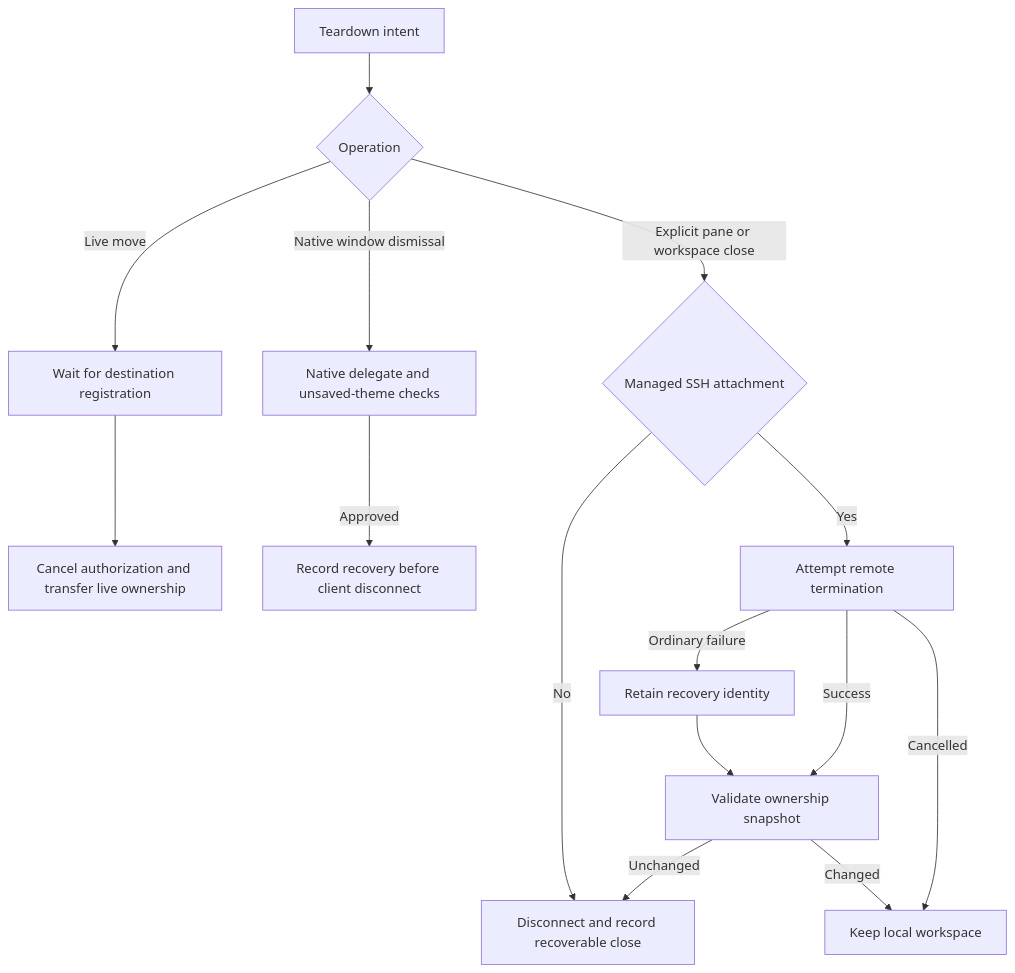
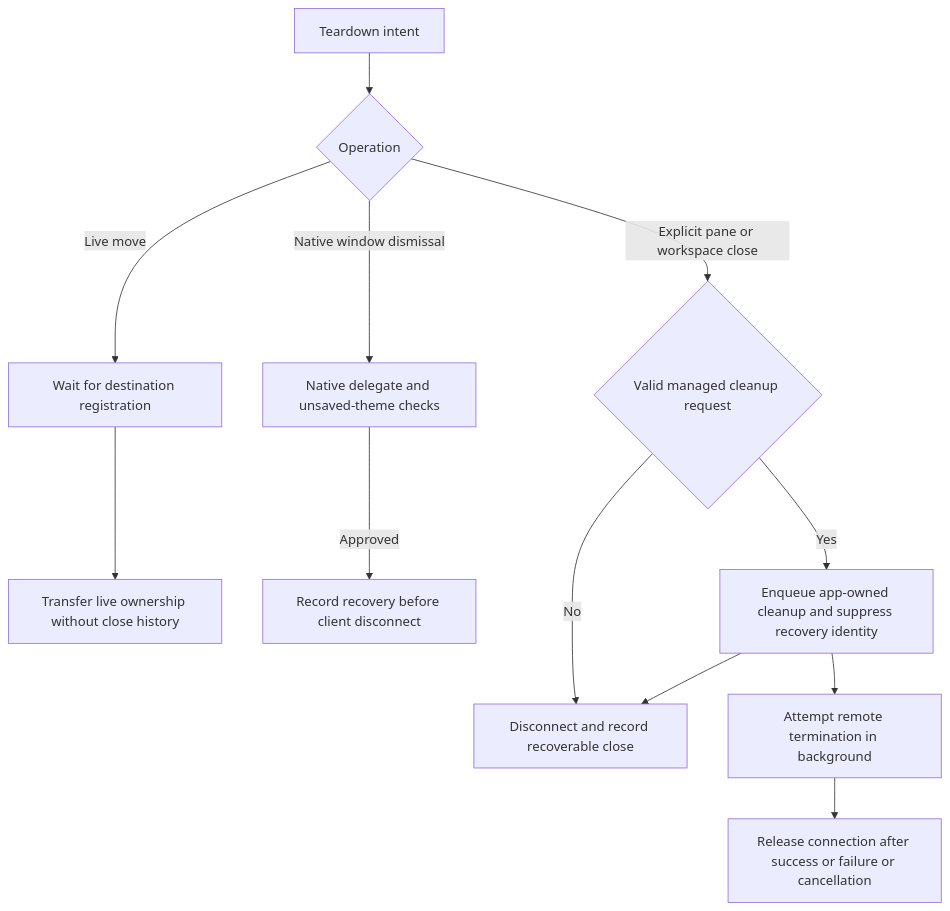
One commit to AkinoKaede/Termind changed the third of 7 diagrams in openwiki/architecture/desktop-ui.md. Above: the diagram before and after it, drawn with Mermaid. The commit also changed other lines of this file and 61 other files, not shown here.

````diff
--- a/openwiki/architecture/desktop-ui.md
+++ b/openwiki/architecture/desktop-ui.md
@@ -167,17 +176,14 @@
 ```mermaid
 flowchart TD
     Intent[Teardown intent] --> Kind{Operation}
     Kind -->|Live move| Ready[Wait for destination registration]
-    Ready --> Transfer[Cancel authorization and transfer live ownership]
+    Ready --> Transfer[Transfer live ownership without close history]
     Kind -->|Native window dismissal| Veto[Native delegate and unsaved-theme checks]
     Veto -->|Approved| Preserve[Record recovery before client disconnect]
-    Kind -->|Explicit pane or workspace close| Managed{Managed SSH attachment}
-    Managed -->|No| Remove[Disconnect and record recoverable close]
-    Managed -->|Yes| Attempt[Attempt remote termination]
-    Attempt -->|Ordinary failure| Recovery[Retain recovery identity]
-    Recovery --> Snapshot[Validate ownership snapshot]
-    Attempt -->|Success| Snapshot
-    Attempt -->|Cancelled| Retain[Keep local workspace]
-    Snapshot -->|Unchanged| Remove
-    Snapshot -->|Changed| Retain
+    Kind -->|Explicit pane or workspace close| Request{Valid managed cleanup request}
+    Request -->|No| Remove[Disconnect and record recoverable close]
+    Request -->|Yes| Queue[Enqueue app-owned cleanup and suppress recovery identity]
+    Queue --> Remove
+    Queue --> Async[Attempt remote termination in background]
+    Async --> Finish[Release connection after success or failure or cancellation]
 ```
````
